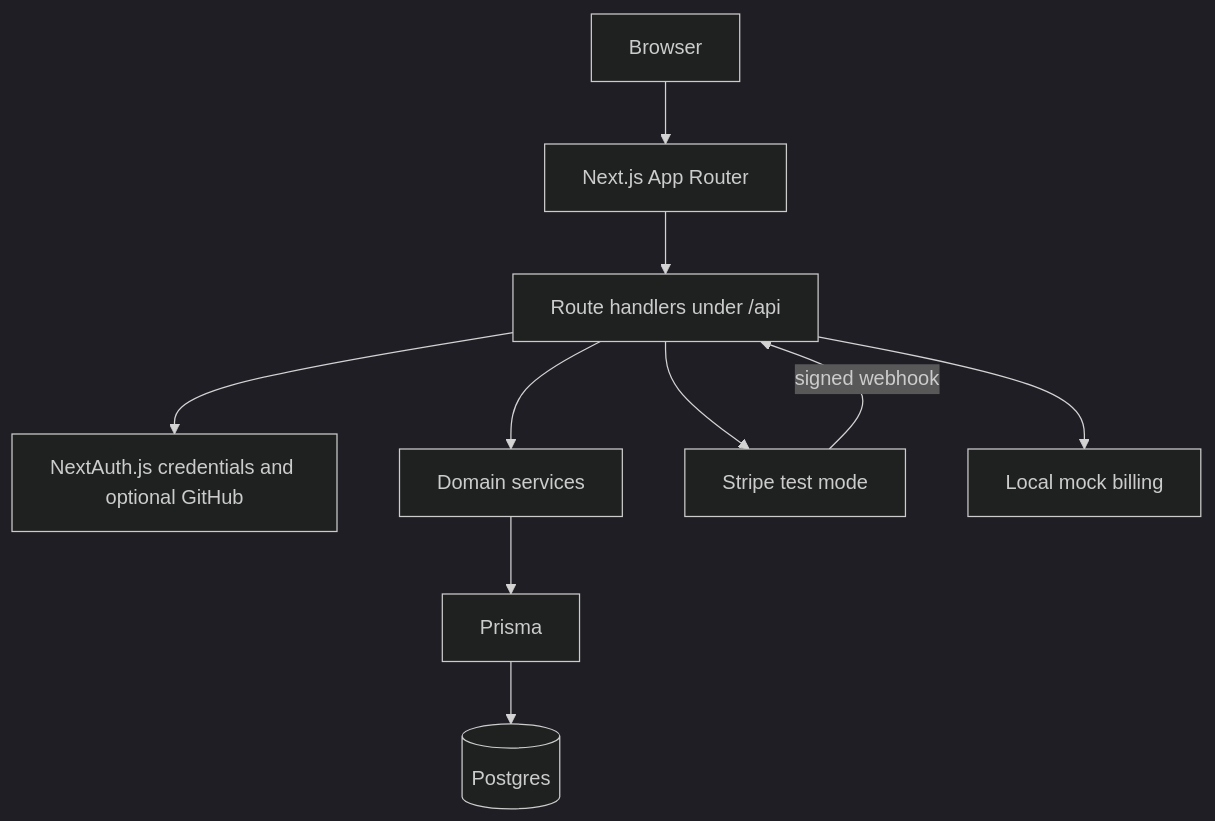
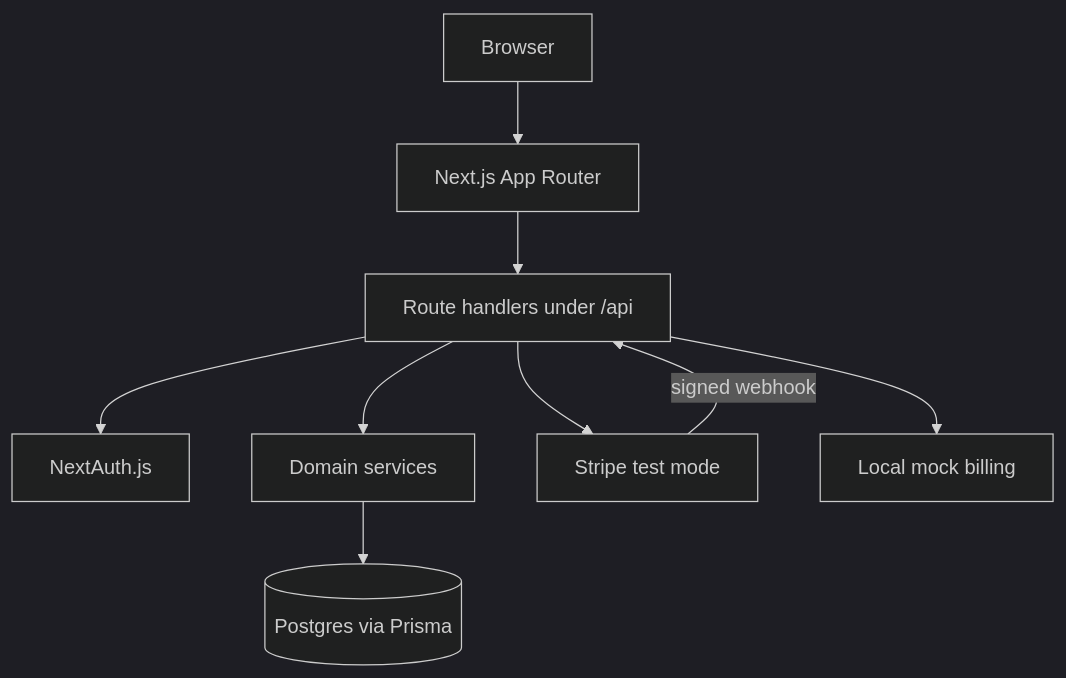
One commit to AyazAI/nextjs-saas-demo changed the diagram in README.md. Above: the diagram before and after it, drawn with Mermaid (dark theme). The commit also changed other lines of this file and 8 other files, not shown here.

````diff
--- a/README.md
+++ b/README.md
@@ -23,22 +25,11 @@
 ```mermaid
 flowchart TD
-  browser[Browser]
-  nextApp[Next.js App Router]
-  api[Route handlers under /api]
-  auth[NextAuth.js credentials and optional GitHub]
-  domain[Domain services]
-  prisma[Prisma]
-  db[(Postgres)]
-  stripe[Stripe test mode]
-  mock[Local mock billing]
-
-  browser --> nextApp
-  nextApp --> api
-  api --> auth
-  api --> domain
-  domain --> prisma
-  prisma --> db
-  api --> stripe
-  api --> mock
+  browser[Browser] --> app[Next.js App Router]
+  app --> api[Route handlers under /api]
+  api --> auth[NextAuth.js]
+  api --> domain[Domain services]
+  domain --> db[(Postgres via Prisma)]
+  api --> stripe[Stripe test mode]
+  api --> mock[Local mock billing]
   stripe -->|signed webhook| api
 ```
````
